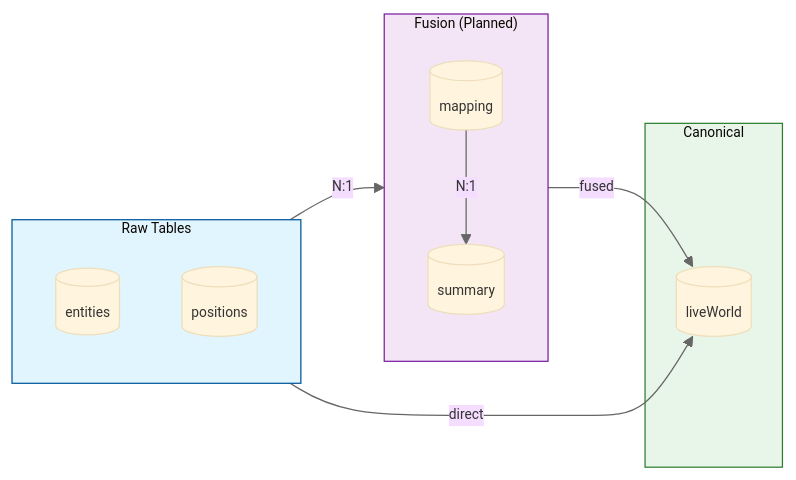
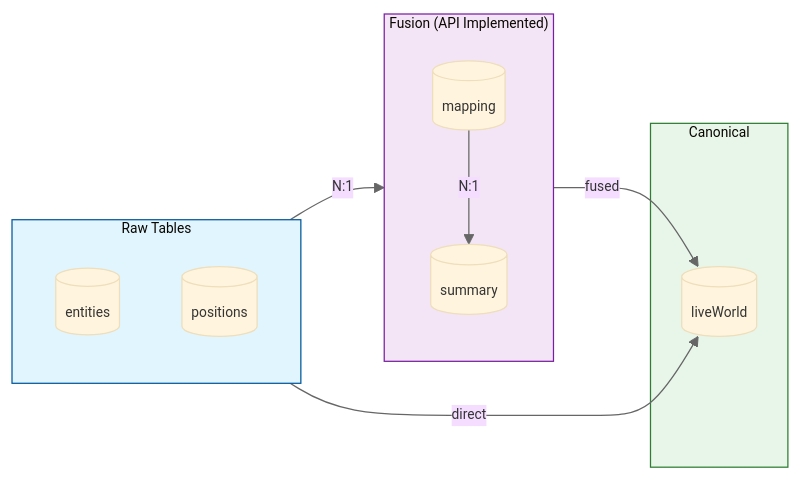
The fourth of 6 diagrams in docs/data-architecture-erd.md (ericpauls/disco_workspace), drawn with Mermaid before and after one commit. The commit also changed other lines of this file and 3 other files, not shown here.

First line of the commit message:
feat: Add fusion API endpoints to surrogate server + update docs

````diff
--- a/docs/data-architecture-erd.md
+++ b/docs/data-architecture-erd.md
@@ -145,32 +145,32 @@
 ```mermaid
 %%{init: {'theme': 'base', 'themeVariables': { 'lineColor': '#666', 'fontSize': '11px'}}}%%
 flowchart LR
     subgraph raw["Raw Tables"]
         direction TB
         e[("entities")]
         p[("positions")]
     end
 
-    subgraph fusion["Fusion (Planned)"]
+    subgraph fusion["Fusion (API Implemented)"]
         direction TB
         fem[("mapping")]
         fes[("summary")]
     end
 
     subgraph canon["Canonical"]
         lw[("liveWorld")]
     end
 
     e -->|N:1| fem
     fem -->|N:1| fes
     fes -->|fused| lw
     p -->|direct| lw
 
     classDef rawStyle fill:#e1f5fe,stroke:#01579b
     classDef fusionStyle fill:#f3e5f5,stroke:#7b1fa2
     classDef canonStyle fill:#e8f5e9,stroke:#2e7d32
 
     class raw rawStyle
     class fusion fusionStyle
     class canon canonStyle
 ```
````
